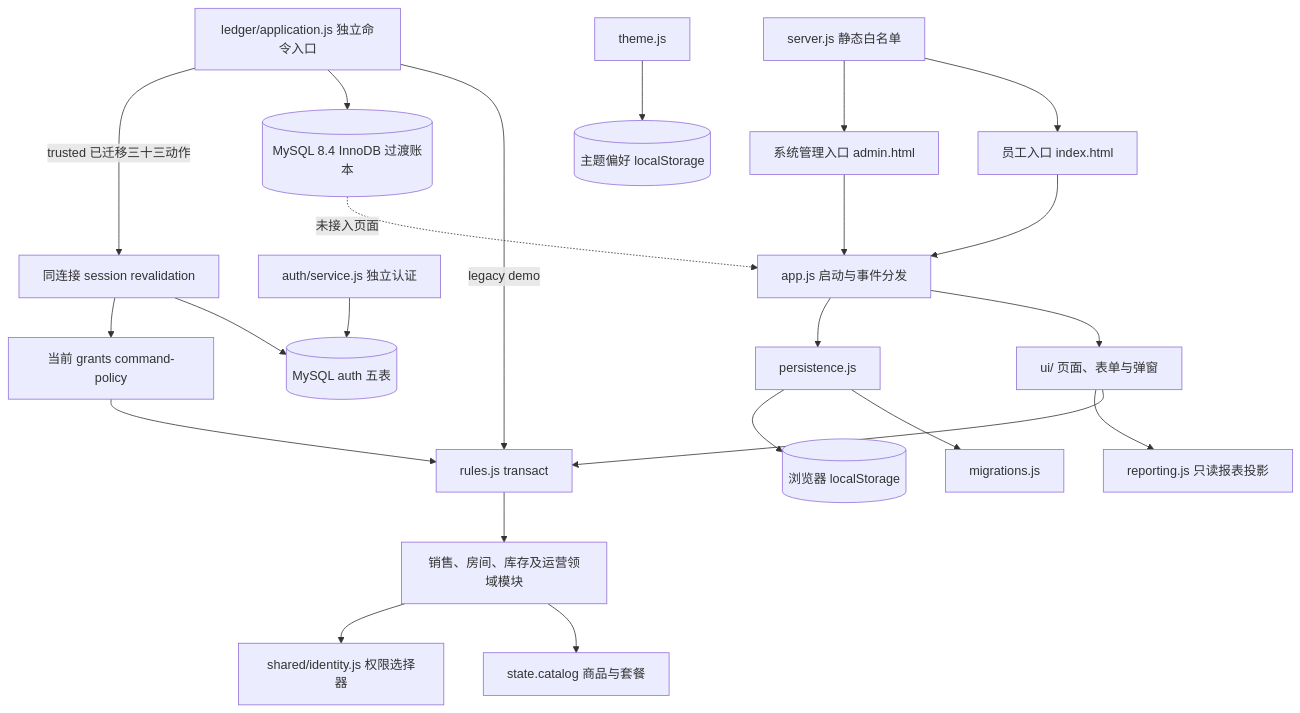
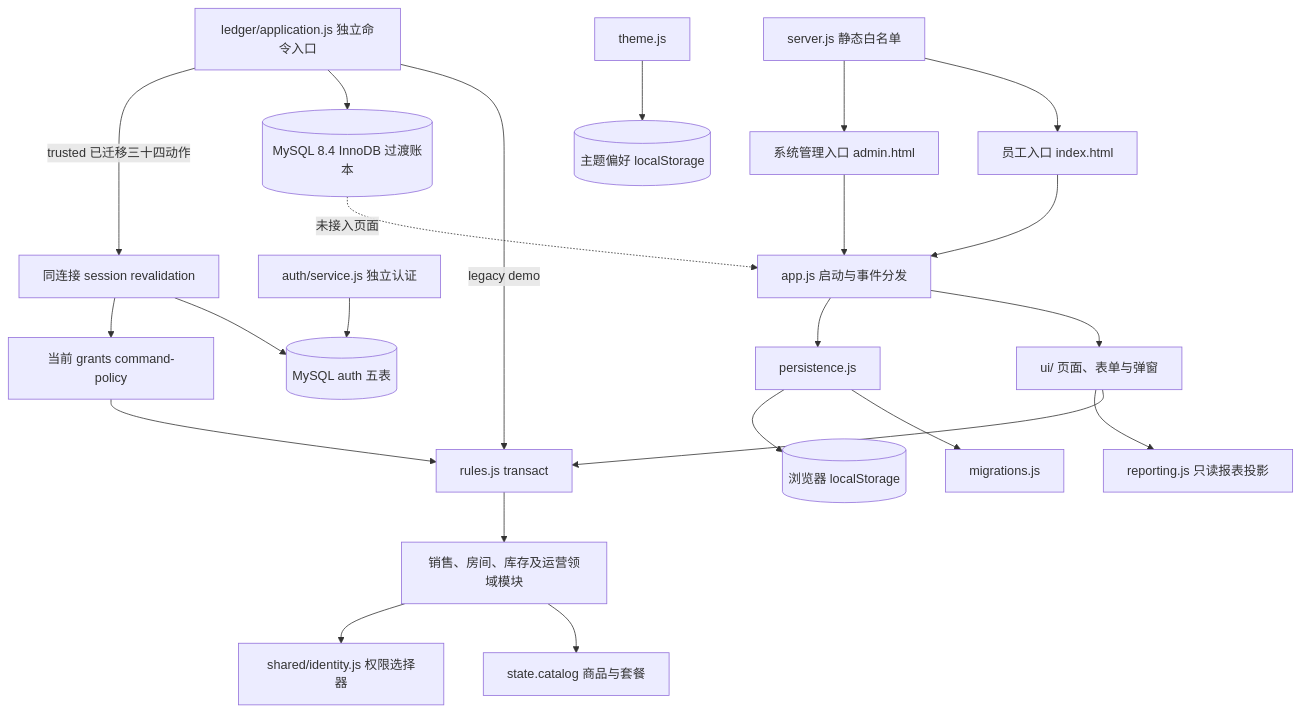
Before and after one commit to Richard-Zhuo/codex-KTV: the diagram in docs/ARCHITECTURE.md, drawn with Mermaid. The commit also changed other lines of this file and 29 other files, not shown here.

````diff
--- a/docs/ARCHITECTURE.md
+++ b/docs/ARCHITECTURE.md
@@ -7,25 +7,25 @@
 ```mermaid
 flowchart TD
   E[员工入口 index.html] --> APP[app.js 启动与事件分发]
   A[系统管理入口 admin.html] --> APP
   APP --> UI[ui/ 页面、表单与弹窗]
   APP --> P[persistence.js]
   P --> M[migrations.js]
   P --> LS[(浏览器 localStorage)]
   UI --> TX[rules.js transact]
   TX --> D[销售、房间、库存及运营领域模块]
   UI --> REP[reporting.js 只读报表投影]
   D --> C[state.catalog 商品与套餐]
   D --> ID[shared/identity.js 权限选择器]
   T[theme.js] --> PREF[(主题偏好 localStorage)]
   S[server.js 静态白名单] --> E
   S --> A
   L[ledger/application.js 独立命令入口] -->|legacy demo| TX
   L --> DB[(MySQL 8.4 InnoDB 过渡账本)]
   AUTH[auth/service.js 独立认证] --> AUTHDB[(MySQL auth 五表)]
-  L -->|trusted 已迁移三十三动作| RV[同连接 session revalidation]
+  L -->|trusted 已迁移三十四动作| RV[同连接 session revalidation]
   RV --> AUTHDB
   RV --> CP[当前 grants command-policy]
   CP --> TX
   DB -. 未接入页面 .-> APP
 ```
````
